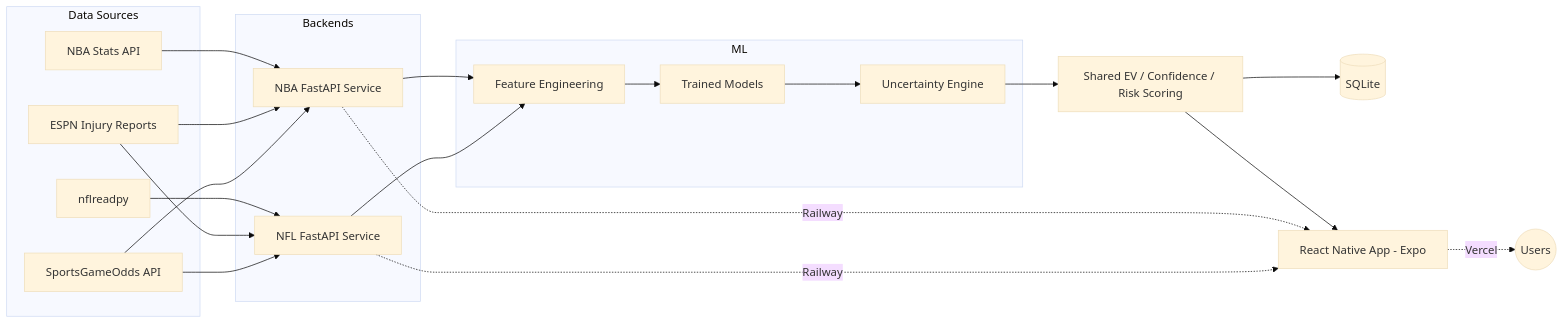
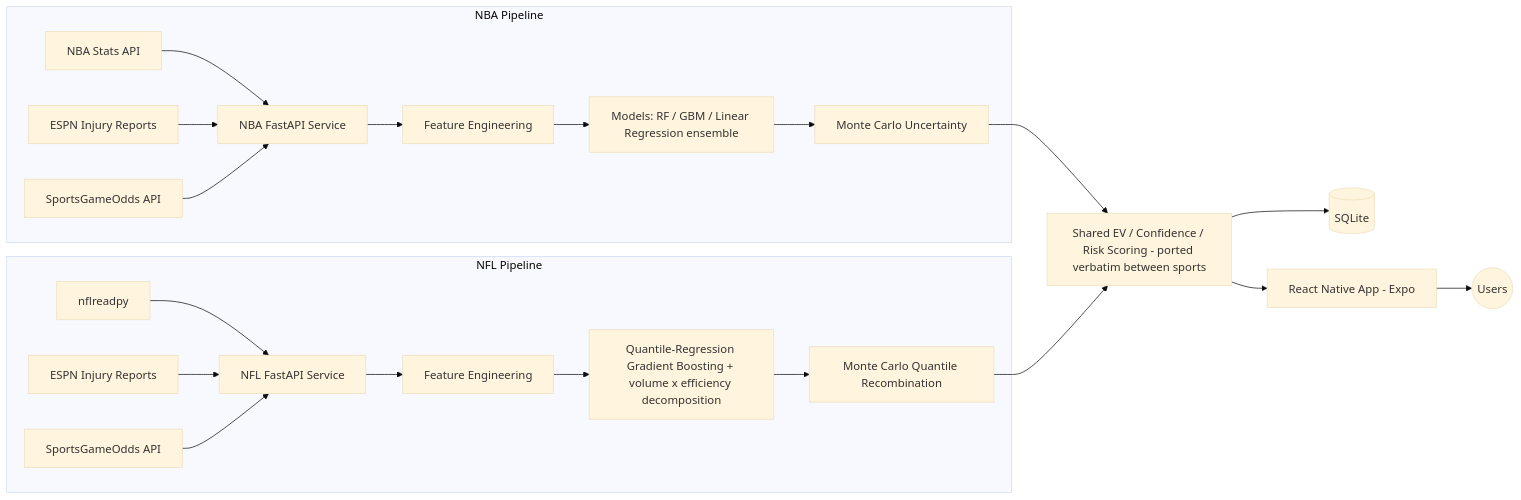
Before and after one commit to natanimb44/PropMetrics-showcase: the diagram in README.md, drawn with Mermaid (base theme). The commit also changed other lines of this file, not shown here.

Commit message:
Fix architecture diagram: NFL and NBA have separate ML pipelines, not a shared one

````diff
--- a/README.md
+++ b/README.md
@@ -13,43 +13,30 @@
 ```mermaid
 flowchart LR
-    subgraph Data Sources
-        A1[NBA Stats API]
-        A2[nflreadpy]
-        A3[ESPN Injury Reports]
-        A4[SportsGameOdds API]
+    subgraph NBA Pipeline
+        A1[NBA Stats API] --> B1[NBA FastAPI Service]
+        A3a[ESPN Injury Reports] --> B1
+        A4a[SportsGameOdds API] --> B1
+        B1 --> C1a[Feature Engineering]
+        C1a --> C2a["Models: RF / GBM / Linear Regression ensemble"]
+        C2a --> C3a[Monte Carlo Uncertainty]
     end
 
-    subgraph Backends
-        B1[NBA FastAPI Service]
-        B2[NFL FastAPI Service]
+    subgraph NFL Pipeline
+        A2[nflreadpy] --> B2[NFL FastAPI Service]
+        A3b[ESPN Injury Reports] --> B2
+        A4b[SportsGameOdds API] --> B2
+        B2 --> C1b[Feature Engineering]
+        C1b --> C2b["Quantile-Regression Gradient Boosting + volume x efficiency decomposition"]
+        C2b --> C3b[Monte Carlo Quantile Recombination]
     end
 
-    subgraph ML
-        C1[Feature Engineering]
-        C2[Trained Models]
-        C3[Uncertainty Engine]
-    end
-
-    D[Shared EV / Confidence / Risk Scoring]
+    D[Shared EV / Confidence / Risk Scoring - ported verbatim between sports]
     E[(SQLite)]
     F[React Native App - Expo]
 
-    A1 --> B1
-    A3 --> B1
-    A4 --> B1
-    A2 --> B2
-    A3 --> B2
-    A4 --> B2
-
-    B1 --> C1
-    B2 --> C1
-    C1 --> C2
-    C2 --> C3
-    C3 --> D
+    C3a --> D
+    C3b --> D
     D --> E
     D --> F
-
-    B1 -. Railway .-> F
-    B2 -. Railway .-> F
-    F -. Vercel .-> Users((Users))
+    F --> Users((Users))
 ```
````
